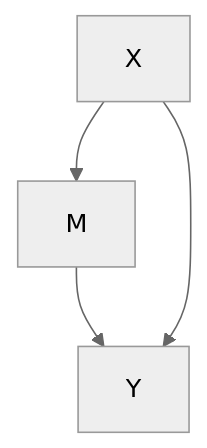
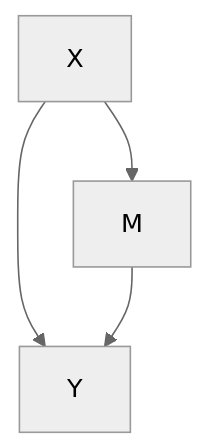
The diagram in Mediation.md (petrayang2002/InterStatHub), drawn with Mermaid (neutral theme) before and after one commit. The commit also changed other lines of this file, not shown here.

````diff
--- a/Mediation.md
+++ b/Mediation.md
@@ -3,6 +3,6 @@
 ```mermaid
 graph TD;
+    X-->Y;
     X-->M;
     M-->Y;
-    X-->Y;
 ```
````
